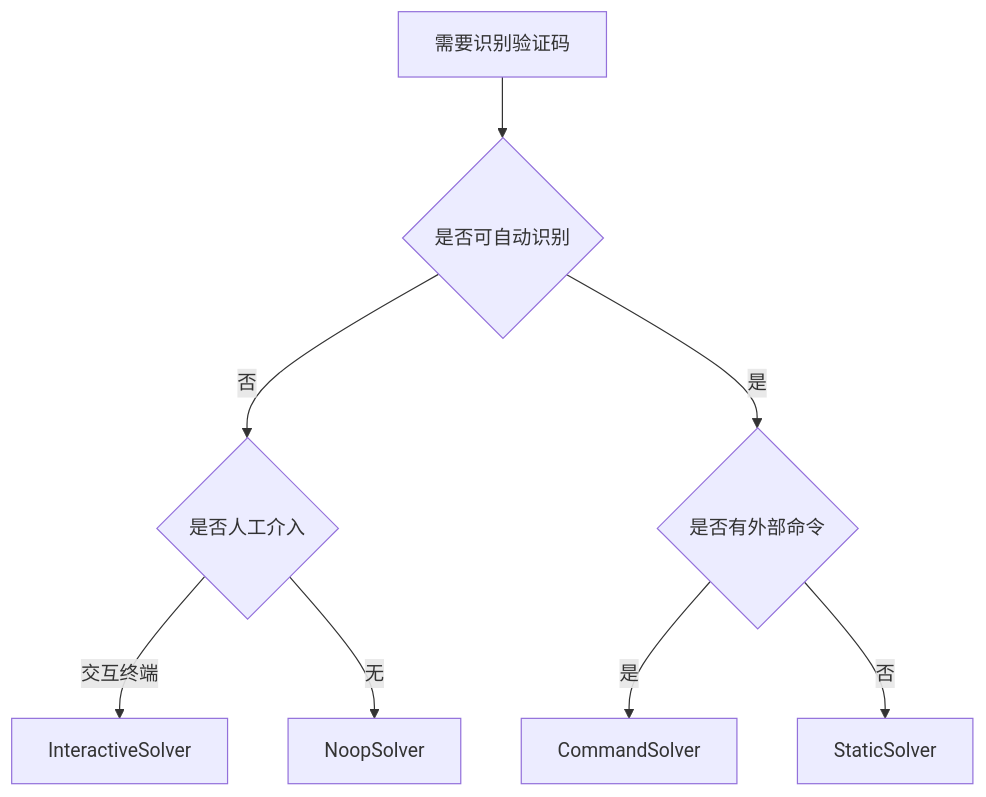
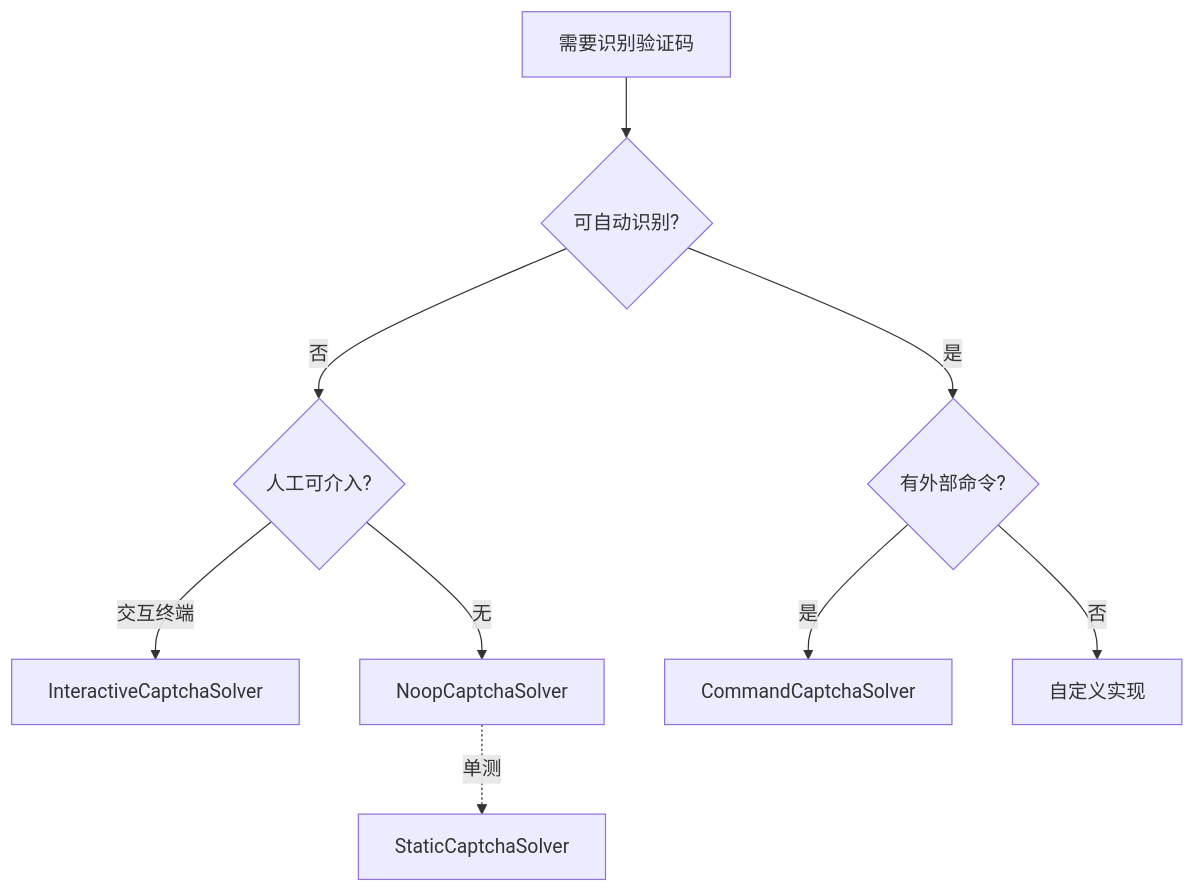
The first of 2 diagrams in website/docs/api-gojsl/solver-implementations.md (scagogogo/cnvd-skills), drawn with Mermaid before and after one commit. The commit also changed other lines of this file and 66 other files, not shown here.

````diff
--- a/website/docs/api-gojsl/solver-implementations.md
+++ b/website/docs/api-gojsl/solver-implementations.md
@@ -13,10 +20,11 @@
 ```mermaid
 flowchart TD
-    A[需要识别验证码] --> B{是否可自动识别}
-    B -- 否 --> C{是否人工介入}
-    B -- 是 --> D{是否有外部命令}
-    C -- 交互终端 --> E[InteractiveSolver]
-    C -- 无 --> F[NoopSolver]
-    D -- 是 --> G[CommandSolver]
-    D -- 否 --> H[StaticSolver]
+    A[需要识别验证码] --> B{可自动识别?}
+    B -- 否 --> C{人工可介入?}
+    B -- 是 --> D{有外部命令?}
+    C -- 交互终端 --> E[InteractiveCaptchaSolver]
+    C -- 无 --> F[NoopCaptchaSolver]
+    D -- 是 --> G[CommandCaptchaSolver]
+    D -- 否 --> H[自定义实现]
+    F -.单测.-> S[StaticCaptchaSolver]
 ```
````
